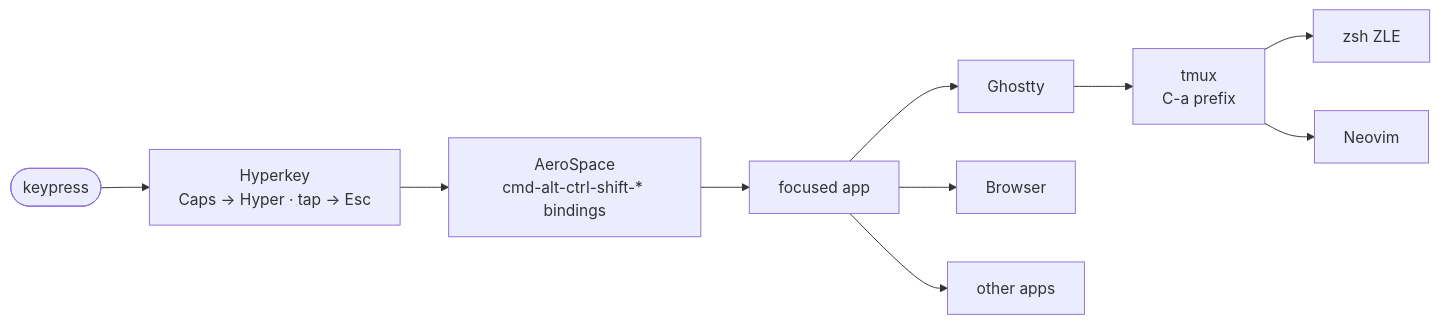
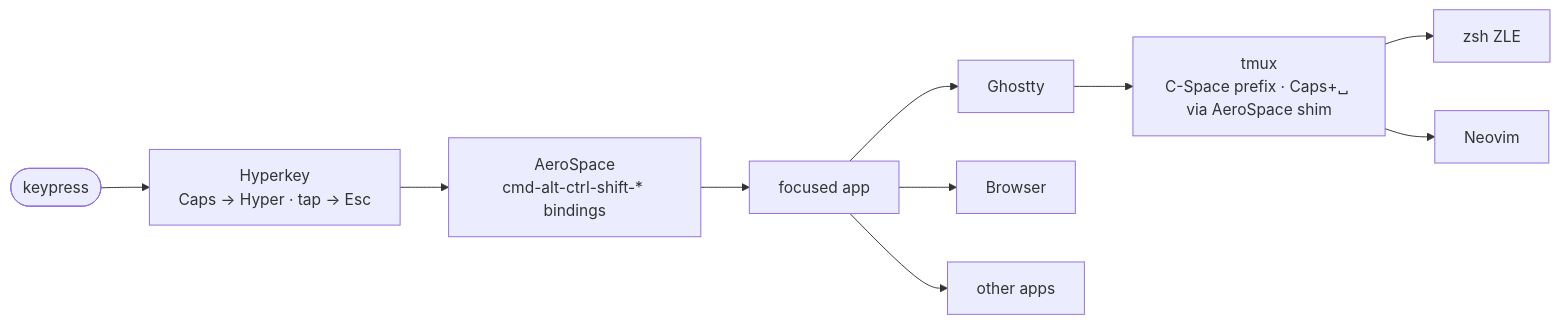
The diagram in docs/keymap.md (adames/dotfiles), drawn with Mermaid before and after one commit. The commit also changed other lines of this file and 1 other file, not shown here.

````diff
--- a/docs/keymap.md
+++ b/docs/keymap.md
@@ -20,12 +20,12 @@
 ```mermaid
 graph LR
   KP([keypress]) --> HK[Hyperkey<br/>Caps → Hyper · tap → Esc]
   HK --> AERO[AeroSpace<br/>cmd-alt-ctrl-shift-* bindings]
   AERO --> APP[focused app]
   APP --> Ghostty
   APP --> Browser
   APP --> Other[other apps]
-  Ghostty --> TMUX[tmux<br/>C-a prefix]
+  Ghostty --> TMUX[tmux<br/>C-Space prefix · Caps+␣ via AeroSpace shim]
   TMUX --> ZSH[zsh ZLE]
   TMUX --> NVIM[Neovim]
 ```
````
